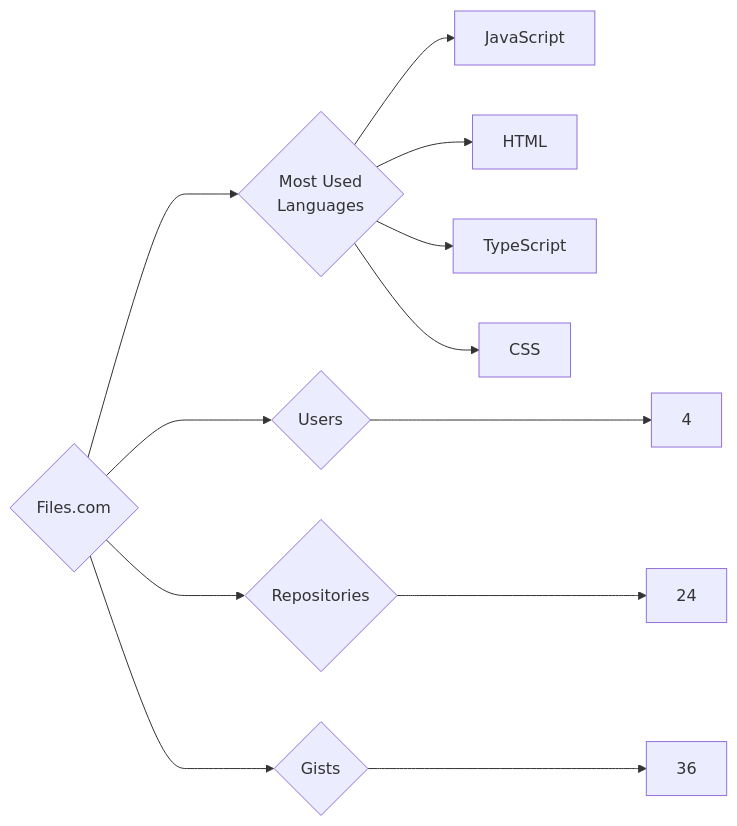
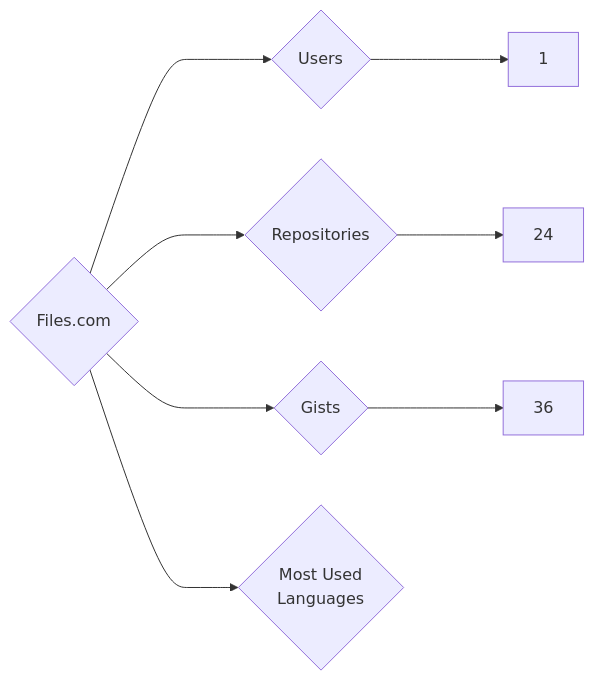
One commit to trickest/insiders changed the diagram in targets/Files.com/README.md. Above: the diagram before and after it, drawn with Mermaid. The commit also changed 861 other files, not shown here.

````diff
--- a/targets/Files.com/README.md
+++ b/targets/Files.com/README.md
@@ -3,12 +3,8 @@
 ```mermaid
 graph LR
 COMPANY_NAME{Files.com}
-COMPANY_NAME ---> U{Users} ---> UN[4]
+COMPANY_NAME ---> U{Users} ---> UN[1]
 COMPANY_NAME ---> R{Repositories} ---> RN[24]
 COMPANY_NAME ---> G{Gists} ---> GN[36]
 COMPANY_NAME ---> ML{Most Used<br>Languages}
-ML --> JavaScript[JavaScript]
-ML --> HTML[HTML]
-ML --> TypeScript[TypeScript]
-ML --> CSS[CSS]
 ```
````
